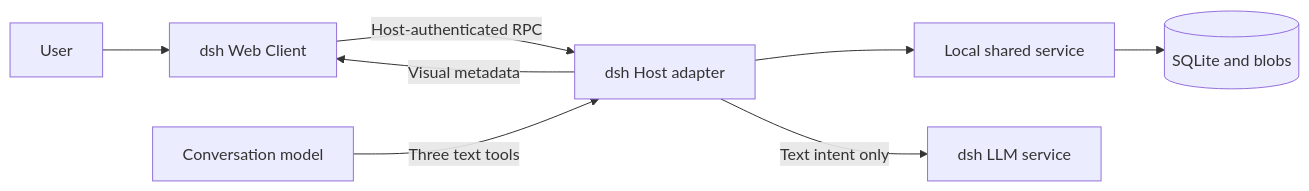
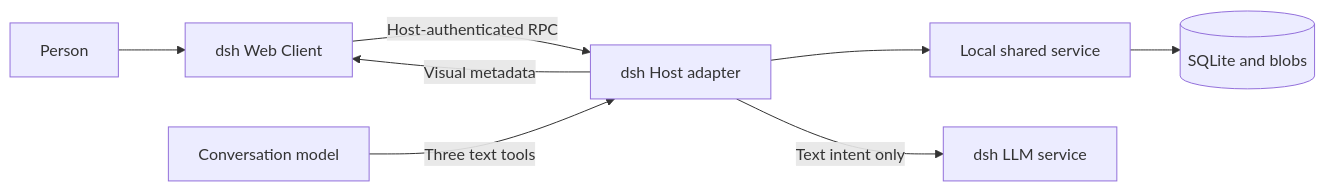
One commit to 5101good/amoji changed the diagram in docs/architecture.en.md. Above: the diagram before and after it, drawn with Mermaid. The commit also changed other lines of this file and 22 other files, not shown here.

````diff
--- a/docs/architecture.en.md
+++ b/docs/architecture.en.md
@@ -7,10 +7,10 @@
 ```mermaid
 flowchart LR
-    U[User] --> C[dsh Web Client]
+    U[Person] --> C[dsh Web Client]
     C -->|Host-authenticated RPC| H[dsh Host adapter]
     M[Conversation model] -->|Three text tools| H
     H --> S[Local shared service]
     S --> D[(SQLite and blobs)]
     H -->|Text intent only| L[dsh LLM service]
     H -->|Visual metadata| C
 ```
````
